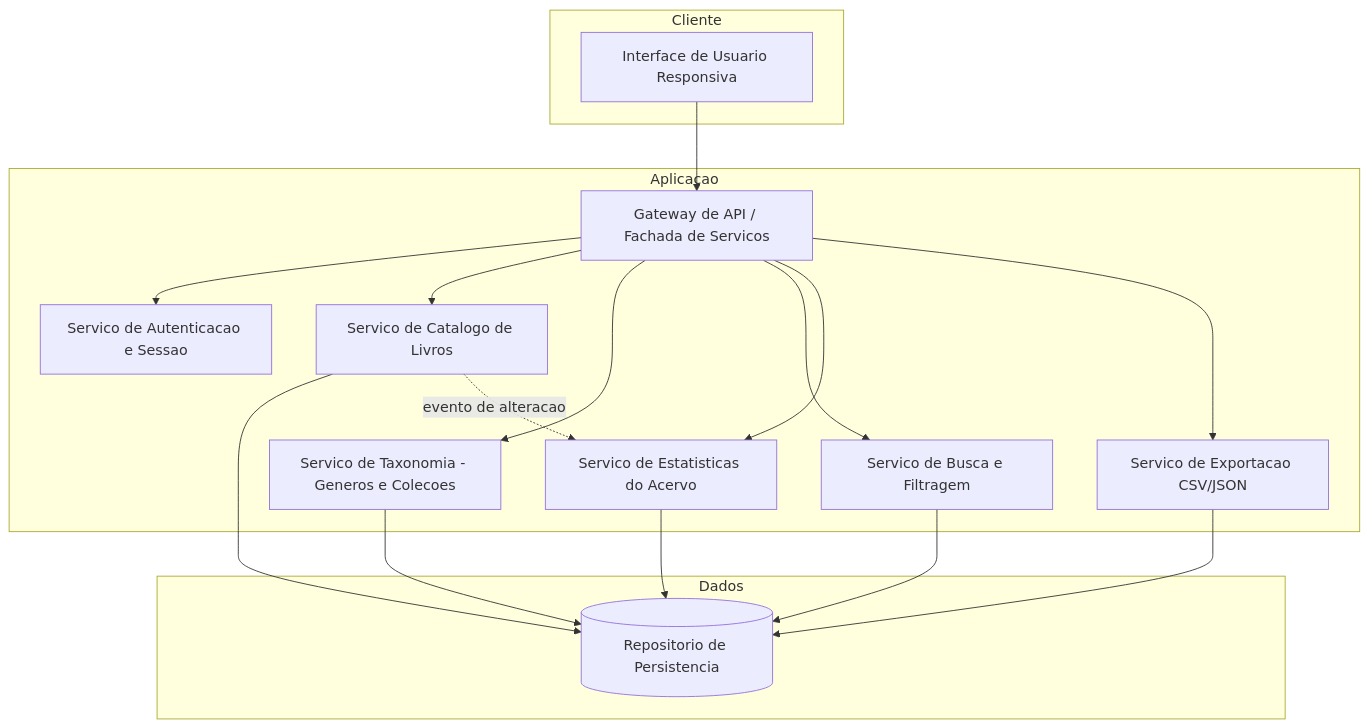
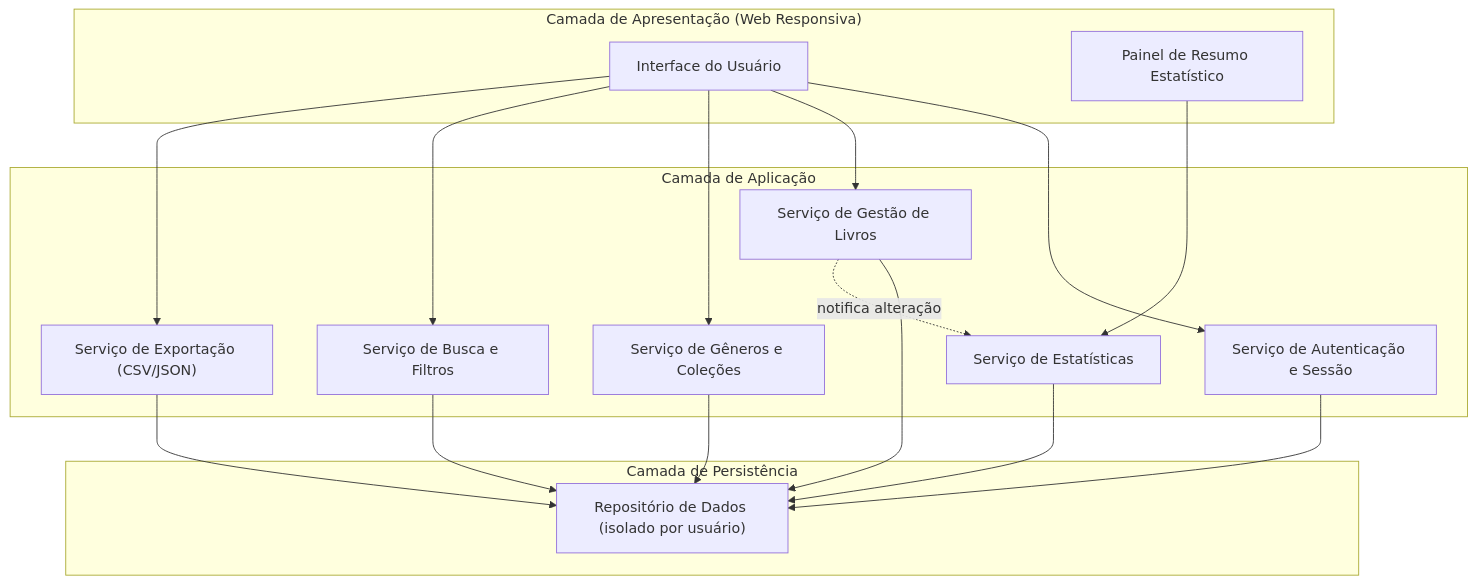
One commit to PDC-ESIA/AI4ES changed the first of 3 diagrams in docs/Time_2_Design/analise-qualitativa/outputs/relatorio_claude_fable_5_P04.md. Above: the diagram before and after it, drawn with Mermaid. The commit also changed other lines of this file and 107 other files, not shown here.

````diff
--- a/docs/Time_2_Design/analise-qualitativa/outputs/relatorio_claude_fable_5_P04.md
+++ b/docs/Time_2_Design/analise-qualitativa/outputs/relatorio_claude_fable_5_P04.md
@@ -27,34 +27,34 @@
 ```mermaid
 flowchart TB
-    subgraph Cliente
-        UI[Interface de Usuario Responsiva]
+    subgraph Apresentacao["Camada de Apresentação (Web Responsiva)"]
+        UI["Interface do Usuário"]
+        DASH["Painel de Resumo Estatístico"]
     end
 
-    subgraph Aplicacao
-        GW[Gateway de API / Fachada de Servicos]
-        AUTH[Servico de Autenticacao e Sessao]
-        CAT[Servico de Catalogo de Livros]
-        TAX[Servico de Taxonomia - Generos e Colecoes]
-        BUS[Servico de Busca e Filtragem]
-        STAT[Servico de Estatisticas do Acervo]
-        EXP[Servico de Exportacao CSV/JSON]
+    subgraph Aplicacao["Camada de Aplicação"]
+        AUTH["Serviço de Autenticação e Sessão"]
+        LIVRO["Serviço de Gestão de Livros"]
+        TAX["Serviço de Gêneros e Coleções"]
+        BUSCA["Serviço de Busca e Filtros"]
+        STATS["Serviço de Estatísticas"]
+        EXPORT["Serviço de Exportação (CSV/JSON)"]
     end
 
-    subgraph Dados
-        REPO[(Repositorio de Persistencia)]
+    subgraph Dados["Camada de Persistência"]
+        REPO["Repositório de Dados (isolado por usuário)"]
     end
 
-    UI --> GW
-    GW --> AUTH
-    GW --> CAT
-    GW --> TAX
-    GW --> BUS
-    GW --> STAT
-    GW --> EXP
-    CAT --> REPO
+    UI --> AUTH
+    UI --> LIVRO
+    UI --> TAX
+    UI --> BUSCA
+    UI --> EXPORT
+    DASH --> STATS
+    LIVRO --> REPO
     TAX --> REPO
-    BUS --> REPO
-    STAT --> REPO
-    EXP --> REPO
-    CAT -. evento de alteracao .-> STAT
+    BUSCA --> REPO
+    STATS --> REPO
+    EXPORT --> REPO
+    AUTH --> REPO
+    LIVRO -. "notifica alteração" .-> STATS
 ```
````
